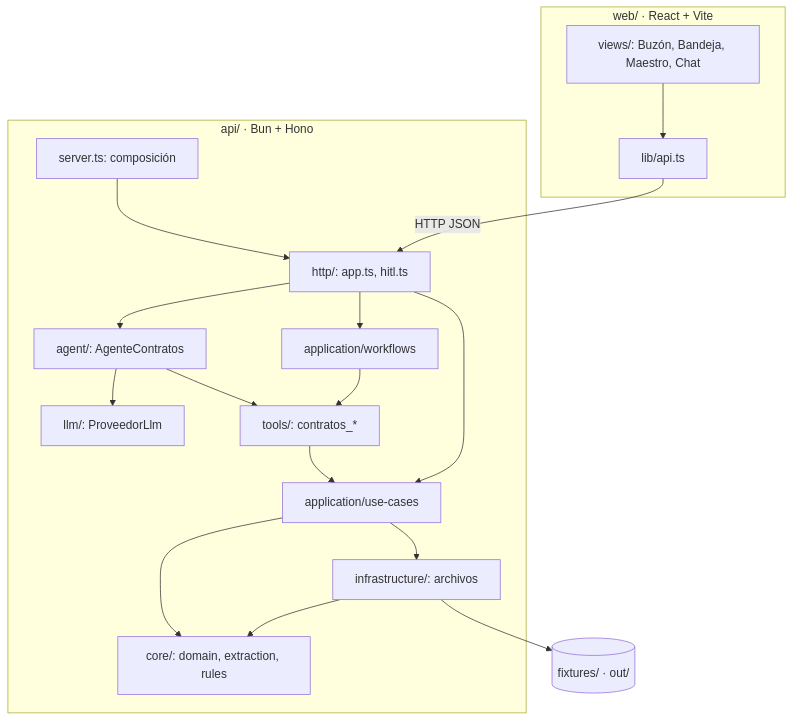
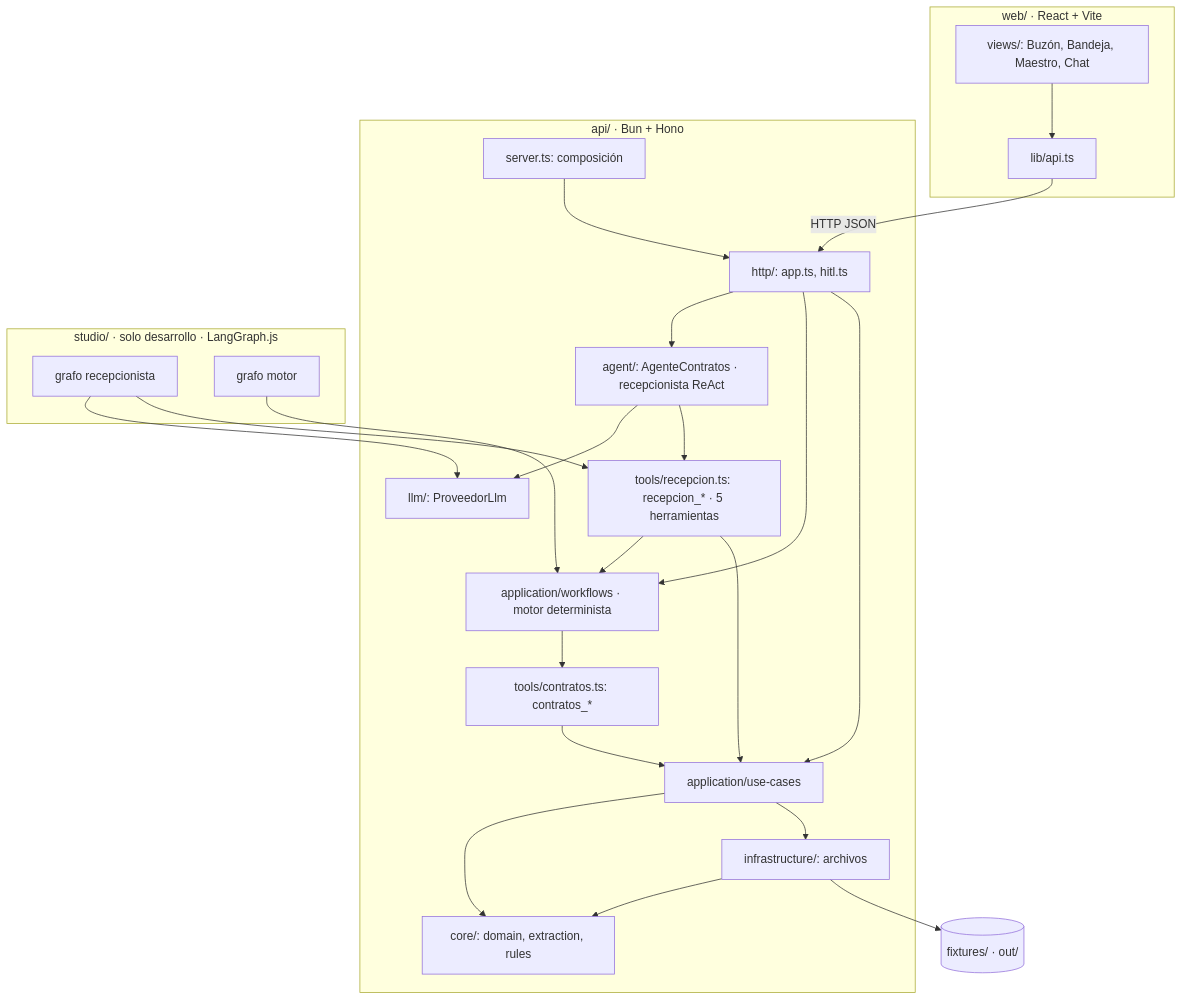
Before and after one commit to bue221/reto-02-agente-contratos: the first of 2 diagrams in docs/wiki/Architecture.md, drawn with Mermaid. The commit also changed other lines of this file and 16 other files, not shown here.

Commit message:
docs: Document two-graph architecture and LangGraph Studio

````diff
--- a/docs/wiki/Architecture.md
+++ b/docs/wiki/Architecture.md
@@ -5,34 +5,45 @@
 ```mermaid
 flowchart TB
   subgraph Front["web/ · React + Vite"]
     Views[views/: Buzón, Bandeja, Maestro, Chat]
     Client[lib/api.ts]
     Views --> Client
   end
 
   subgraph Backend["api/ · Bun + Hono"]
     Server[server.ts: composición]
     API[http/: app.ts, hitl.ts]
-    Agent[agent/: AgenteContratos]
+    Agent[agent/: AgenteContratos · recepcionista ReAct]
     LLM[llm/: ProveedorLlm]
-    Tools[tools/: contratos_*]
+    Recepcion[tools/recepcion.ts: recepcion_* · 5 herramientas]
+    Workflows[application/workflows · motor determinista]
+    Tools[tools/contratos.ts: contratos_*]
     UseCases[application/use-cases]
-    Workflows[application/workflows]
     Core[core/: domain, extraction, rules]
     Infra[infrastructure/: archivos]
   end
 
   Client -->|HTTP JSON| API
   Server --> API
   API --> Agent
   API --> Workflows
   API --> UseCases
   Agent --> LLM
-  Agent --> Tools
+  Agent --> Recepcion
+  Recepcion --> Workflows
+  Recepcion --> UseCases
   Workflows --> Tools
   Tools --> UseCases
   UseCases --> Core
   UseCases --> Infra
   Infra --> Core
   Infra --> FS[(fixtures/ · out/)]
+
+  subgraph Studio["studio/ · solo desarrollo · LangGraph.js"]
+    GR[grafo recepcionista]
+    GM[grafo motor]
+  end
+  GR --> LLM
+  GR --> Recepcion
+  GM --> Workflows
 ```
````
